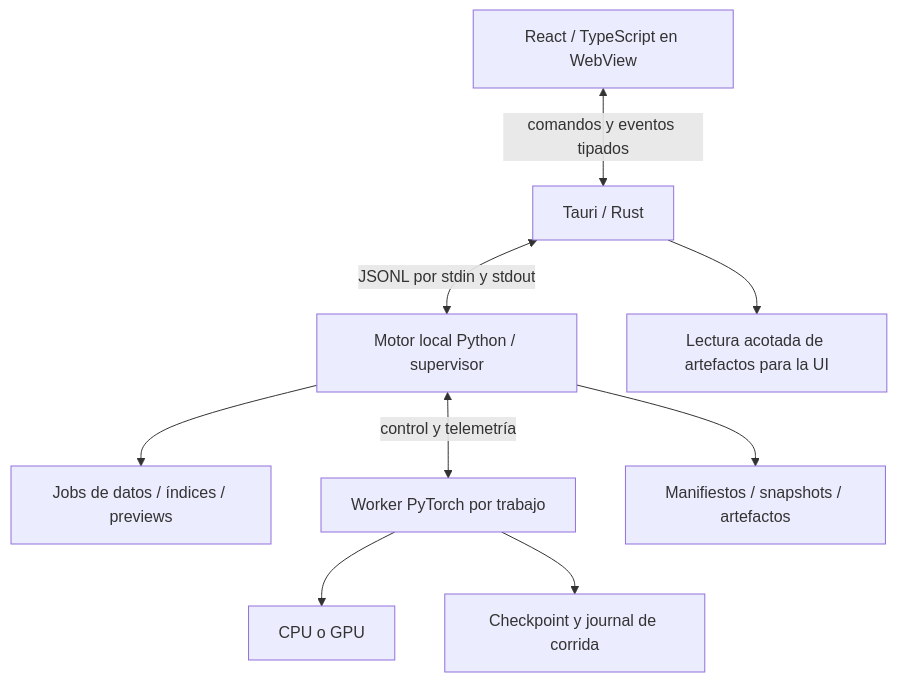
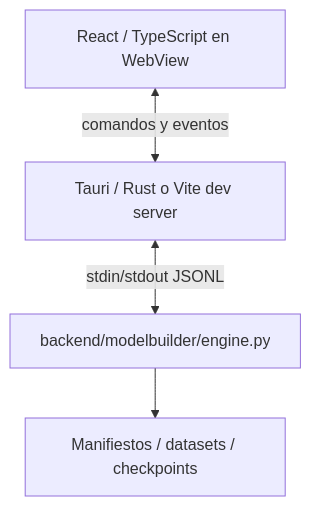
One commit to Maxdesigna7x/Model_Builder changed the diagram in docs/06-arquitectura-tecnica.md. Above: the diagram before and after it, drawn with Mermaid. The commit also changed other lines of this file and 5 other files, not shown here.

````diff
--- a/docs/06-arquitectura-tecnica.md
+++ b/docs/06-arquitectura-tecnica.md
@@ -26,11 +26,6 @@
 ```mermaid
 flowchart TD
-    UI[React / TypeScript en WebView] <-->|comandos y eventos tipados| SHELL[Tauri / Rust]
-    SHELL <-->|JSONL por stdin y stdout| ENGINE[Motor local Python / supervisor]
-    ENGINE --> IO[Jobs de datos / índices / previews]
-    ENGINE <-->|control y telemetría| WORKER[Worker PyTorch por trabajo]
-    WORKER --> DEVICE[CPU o GPU]
-    ENGINE --> PROJECT[Manifiestos / snapshots / artefactos]
-    WORKER --> RUN[Checkpoint y journal de corrida]
-    SHELL --> ASSET[Lectura acotada de artefactos para la UI]
+    UI[React / TypeScript en WebView] <-->|comandos y eventos| SHELL[Tauri / Rust o Vite dev server]
+    SHELL <-->|stdin/stdout JSONL| ENGINE[backend/modelbuilder/engine.py]
+    ENGINE --> PROJECT[Manifiestos / datasets / checkpoints]
 ```
````
